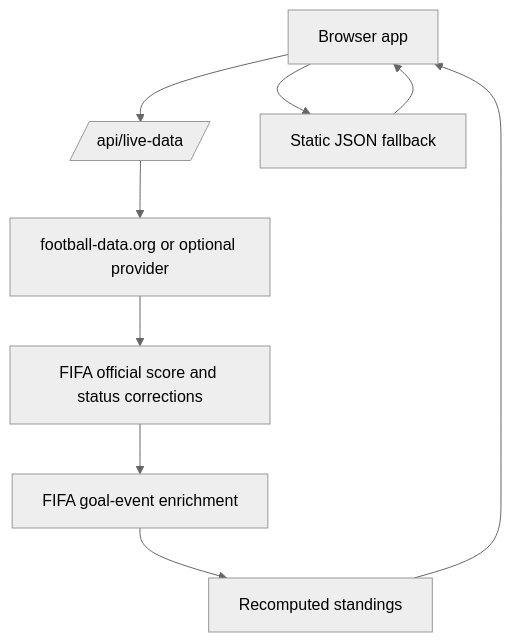
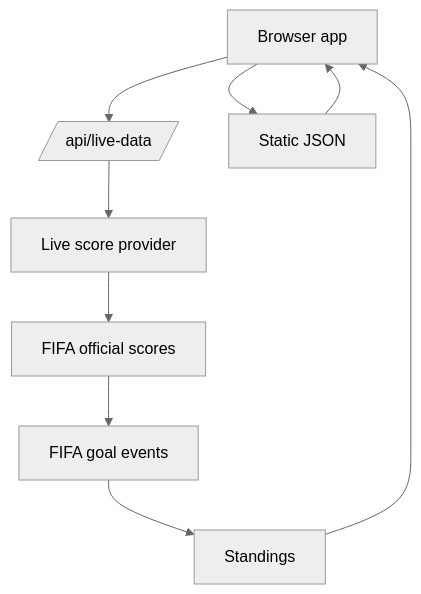
Before and after one commit to hirooaoy/world-cup-simplified: the diagram in README.md, drawn with Mermaid (neutral theme). The commit also changed other lines of this file and 9 other files, not shown here.

Commit message:
Ship live fallback and July 1 result updates

````diff
--- a/README.md
+++ b/README.md
@@ -36,11 +40,11 @@
 ```mermaid
 flowchart TD
   Browser[Browser app] --> Live[/api/live-data/]
-  Browser --> Static[Static JSON fallback]
-  Live --> Provider[football-data.org or optional provider]
-  Provider --> FIFA[FIFA official score and status corrections]
-  FIFA --> Goals[FIFA goal-event enrichment]
-  Goals --> Standings[Recomputed standings]
+  Browser --> Static[Static JSON]
+  Live --> Provider[Live score provider]
+  Provider --> FIFA[FIFA official scores]
+  FIFA --> Goals[FIFA goal events]
+  Goals --> Standings[Standings]
   Standings --> Browser
   Static --> Browser
 ```
````
